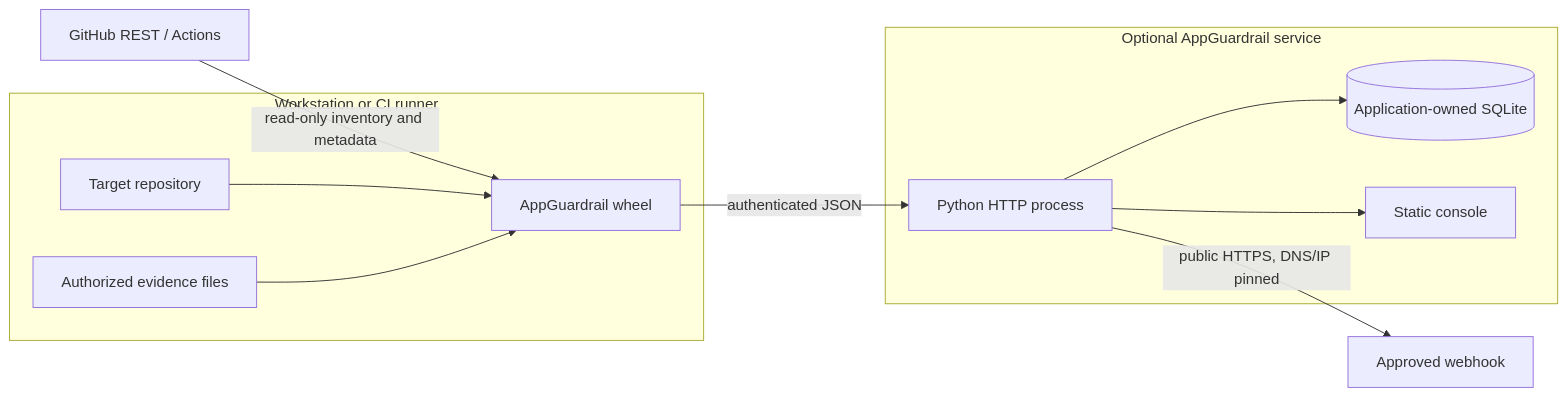
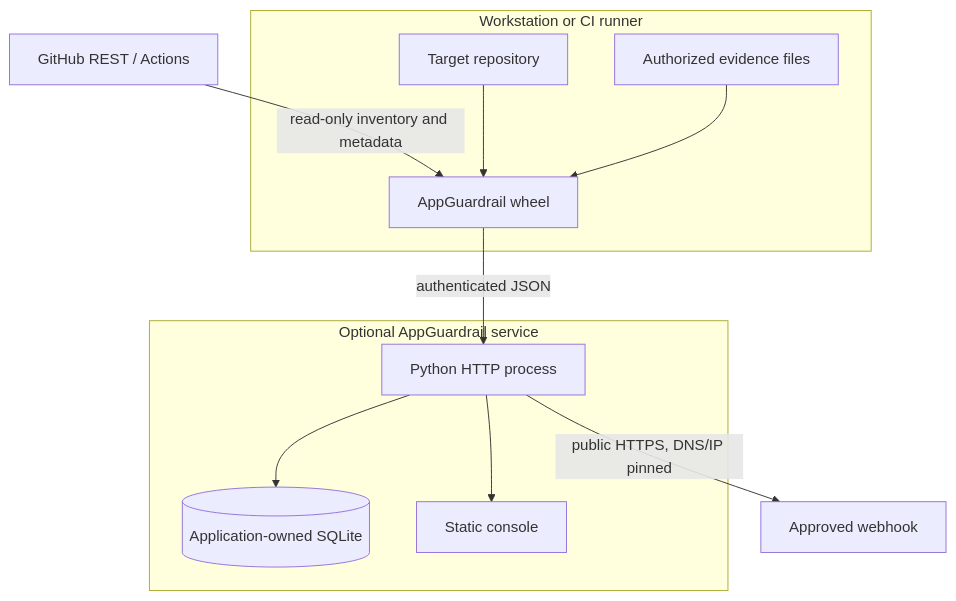
The fifth of 6 diagrams in docs/architecture/UML.md (ContextualWisdomLab/appguardrail), drawn with Mermaid before and after one commit. The commit also changed other lines of this file and 20 other files, not shown here.

````diff
--- a/docs/architecture/UML.md
+++ b/docs/architecture/UML.md
@@ -92,20 +100,20 @@
 ```mermaid
-flowchart LR
+flowchart TD
   subgraph Workstation_or_CI[Workstation or CI runner]
     Wheel[AppGuardrail wheel]
     Project[Target repository]
     Evidence[Authorized evidence files]
   end
   subgraph Optional_service[Optional AppGuardrail service]
     API[Python HTTP process]
     DB[(Application-owned SQLite)]
     UI[Static console]
   end
   GitHub[GitHub REST / Actions] -->|read-only inventory and metadata| Wheel
   Project --> Wheel
   Evidence --> Wheel
   Wheel -->|authenticated JSON| API
   API --> DB
   API --> UI
   API -->|public HTTPS, DNS/IP pinned| Hook[Approved webhook]
 ```
````
